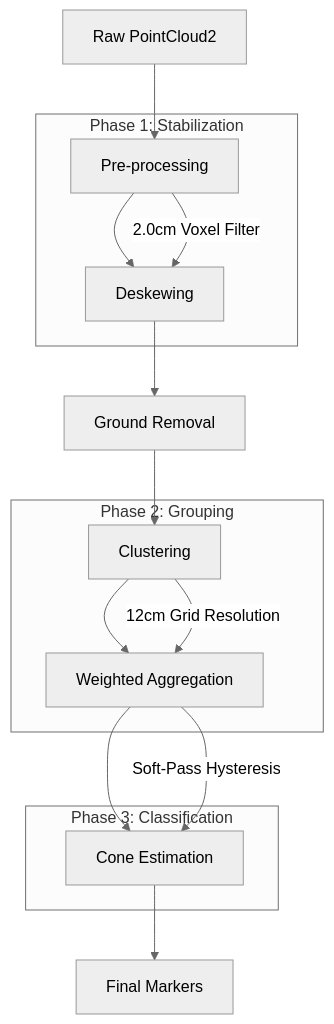
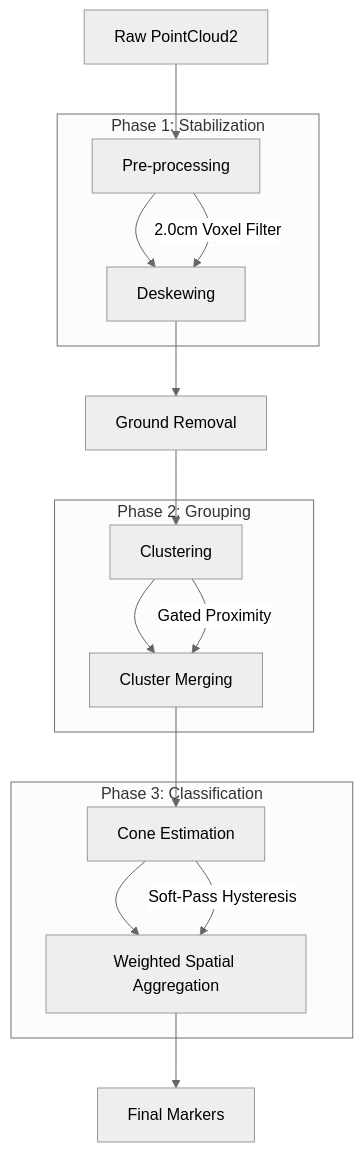
Before and after one commit to lorefargio/Lidar_based_Cone_Detection: the diagram in docs/architecture.md, drawn with Mermaid (neutral theme). The commit also changed other lines of this file and 3 other files, not shown here.

````diff
--- a/docs/architecture.md
+++ b/docs/architecture.md
@@ -9,22 +9,23 @@
 ```mermaid
 graph TD
     A[Raw PointCloud2] --> B[Pre-processing]
     B --> C[Deskewing]
     C --> D[Ground Removal]
     D --> E[Clustering]
-    E --> F[Weighted Aggregation]
+    E --> F[Cluster Merging]
     F --> G[Cone Estimation]
-    G --> H[Final Markers]
+    G --> H[Weighted Spatial Aggregation]
+    H --> I[Final Markers]
 
     subgraph "Phase 1: Stabilization"
         B -- "2.0cm Voxel Filter" --> C
     end
 
     subgraph "Phase 2: Grouping"
-        E -- "12cm Grid Resolution" --> F
+        E -- "Gated Proximity" --> F
     end
 
     subgraph "Phase 3: Classification"
-        F -- "Soft-Pass Hysteresis" --> G
+        G -- "Soft-Pass Hysteresis" --> H
     end
 ```
````
